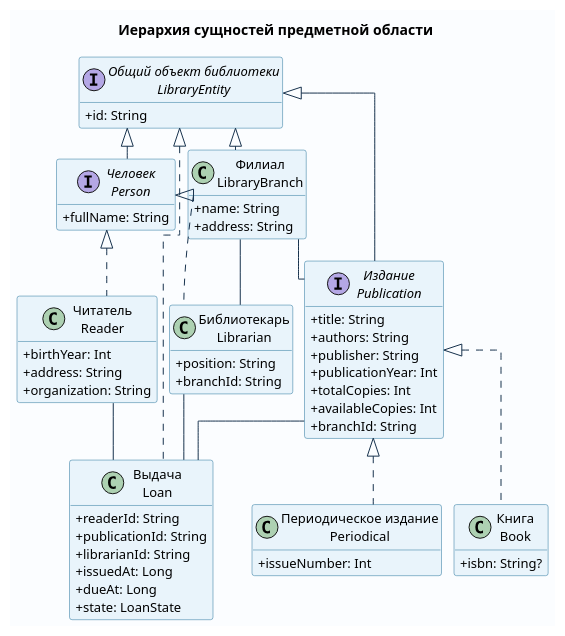
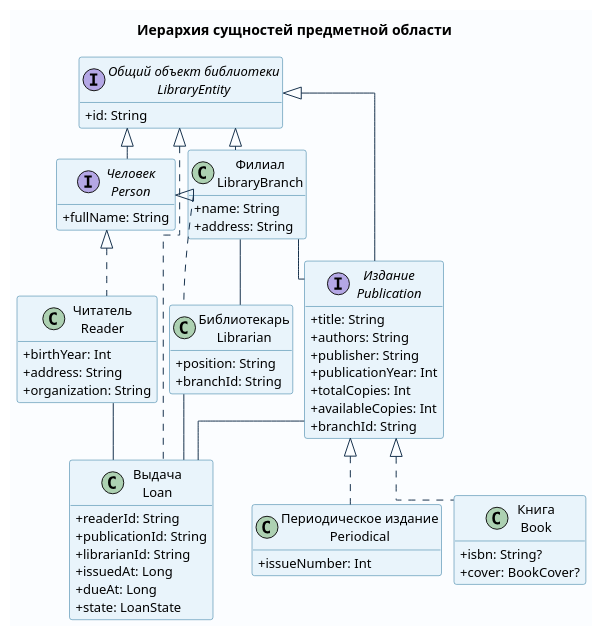
One commit to pank-suai/course-oop-library changed the diagram in docs/images/oop_entities.puml. Above: the diagram before and after it, drawn with PlantUML. The commit also changed 24 other files, not shown here.

```diff
--- a/docs/images/oop_entities.puml
+++ b/docs/images/oop_entities.puml
@@ -1,82 +1,83 @@
 @startuml
 top to bottom direction
 skinparam backgroundColor #FBFDFF
 skinparam shadowing false
 skinparam defaultFontName Arial
 skinparam classFontSize 15
 skinparam classAttributeFontSize 13
 skinparam classAttributeIconSize 0
 skinparam packageStyle rectangle
 skinparam linetype ortho
 skinparam nodesep 12
 skinparam ranksep 22
 skinparam ArrowColor #17324D
 skinparam ClassBorderColor #24739B
 skinparam ClassBackgroundColor #E9F4FB
 skinparam InterfaceBorderColor #735A9B
 skinparam InterfaceBackgroundColor #F0EDFA
 skinparam NoteBackgroundColor #FFF5DF
 skinparam NoteBorderColor #B87517
 hide empty members
 
 title Иерархия сущностей предметной области
 
 interface "Общий объект библиотеки\nLibraryEntity" as LibraryEntity {
   +id: String
 }
 interface "Человек\nPerson" as Person {
   +fullName: String
 }
 interface "Издание\nPublication" as Publication {
   +title: String
   +authors: String
   +publisher: String
   +publicationYear: Int
   +totalCopies: Int
   +availableCopies: Int
   +branchId: String
 }
 class "Читатель\nReader" as Reader {
   +birthYear: Int
   +address: String
   +organization: String
 }
 class "Библиотекарь\nLibrarian" as Librarian {
   +position: String
   +branchId: String
 }
 class "Филиал\nLibraryBranch" as LibraryBranch {
   +name: String
   +address: String
 }
 class "Книга\nBook" as Book {
   +isbn: String?
+  +cover: BookCover?
 }
 class "Периодическое издание\nPeriodical" as Periodical {
   +issueNumber: Int
 }
 class "Выдача\nLoan" as Loan {
   +readerId: String
   +publicationId: String
   +librarianId: String
   +issuedAt: Long
   +dueAt: Long
   +state: LoanState
 }
 
 LibraryEntity <|-- Person
 LibraryEntity <|-- Publication
 LibraryEntity <|.. LibraryBranch
 LibraryEntity <|.. Loan
 Person <|.. Reader
 Person <|.. Librarian
 Publication <|.. Book
 Publication <|.. Periodical
 
 Reader -- Loan
 Publication -- Loan
 Librarian -- Loan
 LibraryBranch -- Librarian
 LibraryBranch -- Publication
 
 @enduml
```
